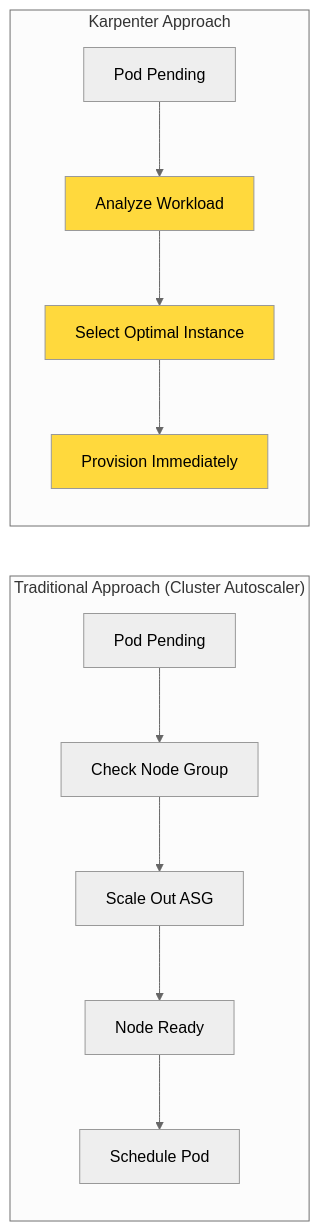
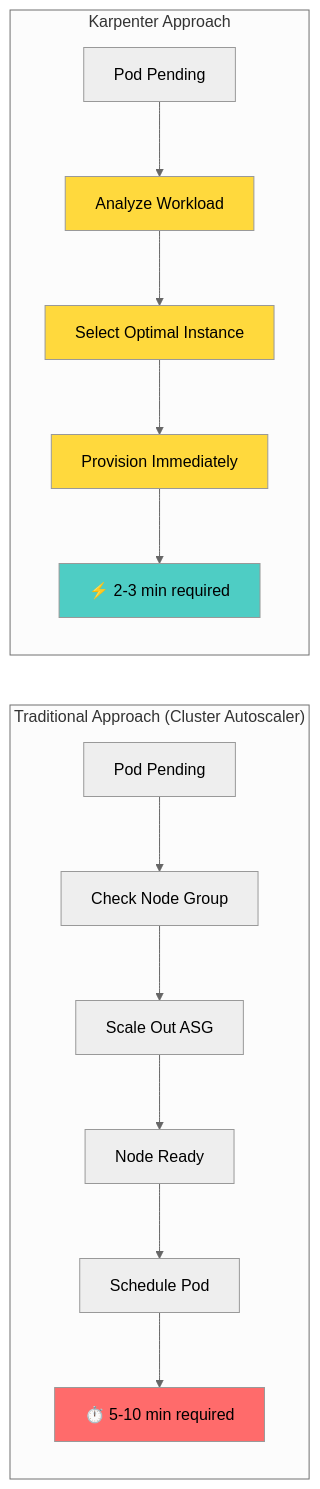
One commit to devfloor9/engineering-playbook changed diagram 11 of 22 in i18n/en/docusaurus-plugin-content-docs/current/genai-aiml/agentic-ai-challenges.md. Above: the diagram before and after it, drawn with Mermaid (neutral theme). The commit also changed other lines of this file and 31 other files, not shown here.

````diff
--- a/i18n/en/docusaurus-plugin-content-docs/current/genai-aiml/agentic-ai-challenges.md
+++ b/i18n/en/docusaurus-plugin-content-docs/current/genai-aiml/agentic-ai-challenges.md
@@ -69,19 +530,23 @@
 ```mermaid
 flowchart LR
     subgraph "Traditional Approach (Cluster Autoscaler)"
         CA1[Pod Pending] --> CA2[Check Node Group]
         CA2 --> CA3[Scale Out ASG]
         CA3 --> CA4[Node Ready]
         CA4 --> CA5[Schedule Pod]
+        CA5 --> CA6["⏱️ 5-10 min required"]
     end
 
     subgraph "Karpenter Approach"
         K1[Pod Pending] --> K2[Analyze Workload]
         K2 --> K3[Select Optimal Instance]
         K3 --> K4[Provision Immediately]
+        K4 --> K5["⚡ 2-3 min required"]
     end
 
+    style CA6 fill:#ff6b6b
+    style K5 fill:#4ecdc4
     style K2 fill:#ffd93d
     style K3 fill:#ffd93d
     style K4 fill:#ffd93d
 ```
````
